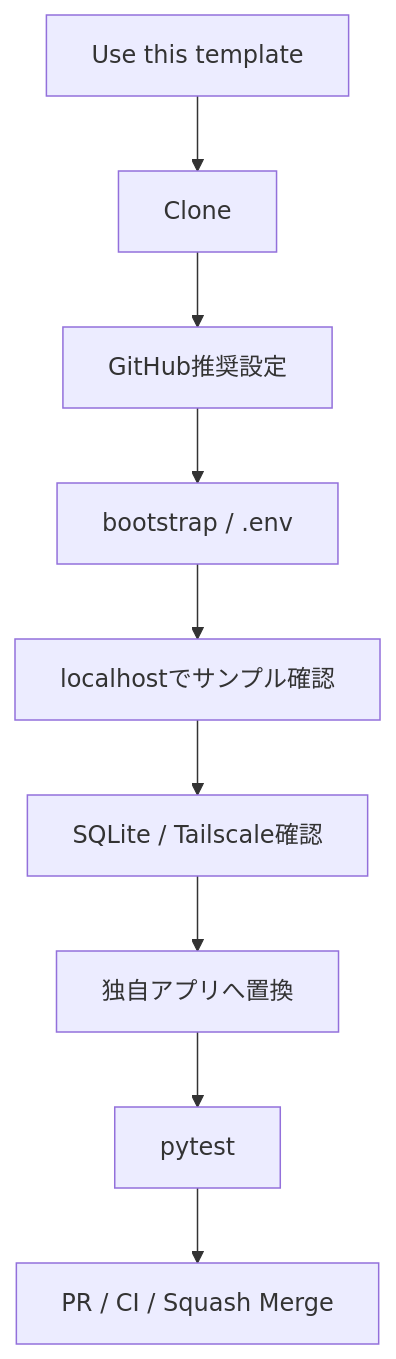
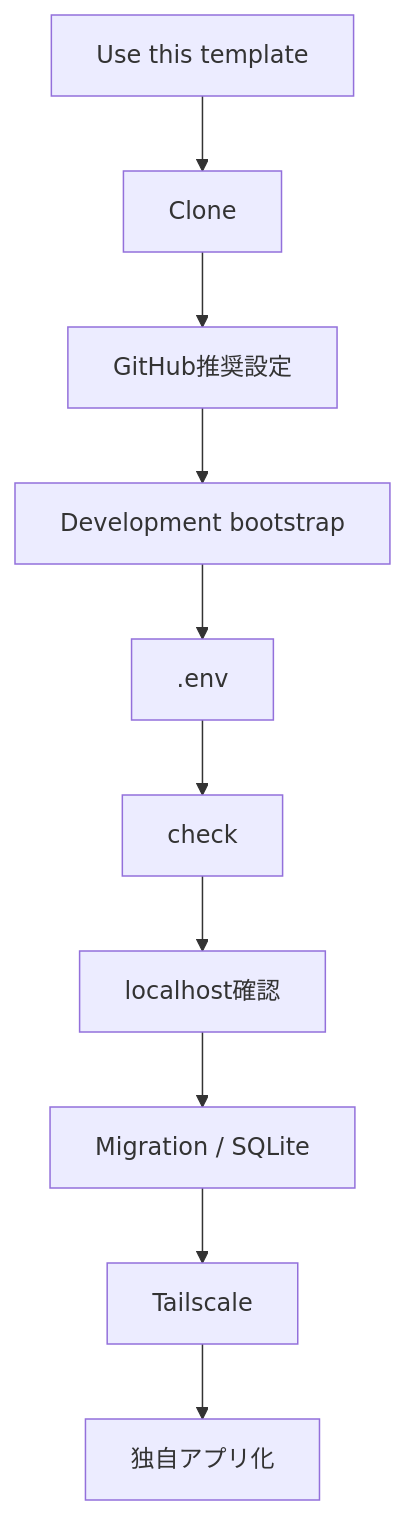
The first of 5 diagrams in GETTING-STARTED.md (k-systems202208/python-sqlite-tailscale-webapp-template), drawn with Mermaid before and after one commit. The commit also changed other lines of this file and 42 other files, not shown here.

````diff
--- a/GETTING-STARTED.md
+++ b/GETTING-STARTED.md
@@ -9,11 +7,12 @@
 ```mermaid
 flowchart TD
     A["Use this template"] --> B["Clone"]
     B --> C["GitHub推奨設定"]
-    C --> D["bootstrap / .env"]
-    D --> E["localhostでサンプル確認"]
-    E --> F["SQLite / Tailscale確認"]
-    F --> G["独自アプリへ置換"]
-    G --> H["pytest"]
-    H --> I["PR / CI / Squash Merge"]
+    C --> D["Development bootstrap"]
+    D --> E[".env"]
+    E --> Q["check"]
+    Q --> F["localhost確認"]
+    F --> G["Migration / SQLite"]
+    G --> H["Tailscale"]
+    H --> I["独自アプリ化"]
 ```
````
